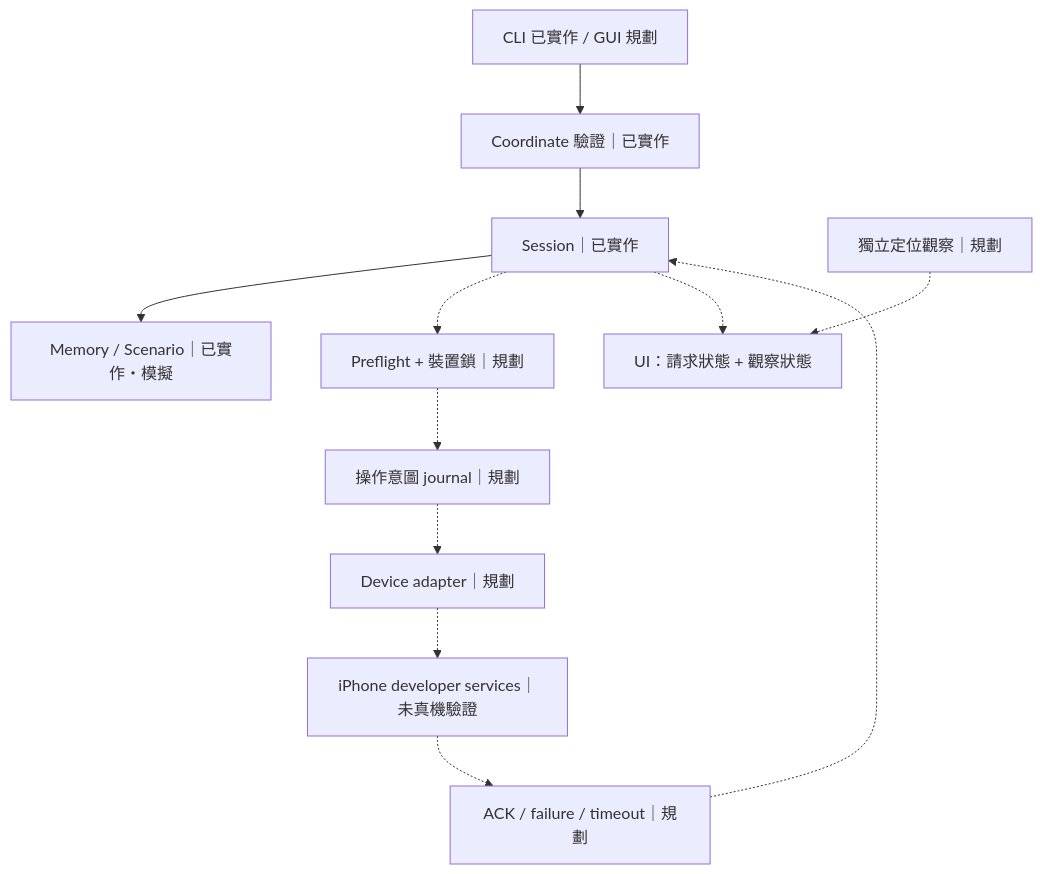
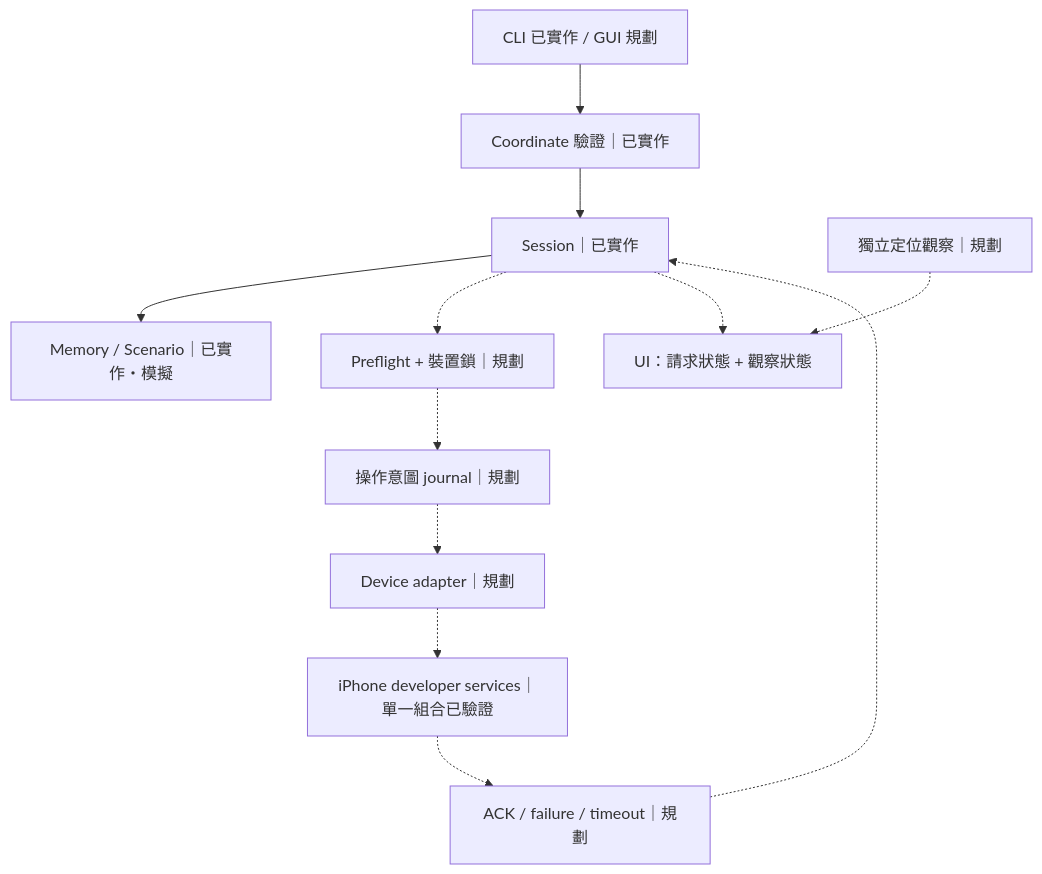
The diagram in docs/system-design.md (xixi219/location-lab), drawn with Mermaid before and after one commit. The commit also changed other lines of this file and 13 other files, not shown here.

````diff
--- a/docs/system-design.md
+++ b/docs/system-design.md
@@ -33,14 +34,14 @@
 ```mermaid
 flowchart TD
     UI["CLI 已實作 / GUI 規劃"] --> V["Coordinate 驗證｜已實作"]
     V --> S["Session｜已實作"]
     S --> M["Memory / Scenario｜已實作・模擬"]
     S -.-> P["Preflight + 裝置鎖｜規劃"]
     P -.-> J["操作意圖 journal｜規劃"]
     J -.-> A["Device adapter｜規劃"]
-    A -.-> D["iPhone developer services｜未真機驗證"]
+    A -.-> D["iPhone developer services｜單一組合已驗證"]
     D -.-> R["ACK / failure / timeout｜規劃"]
     R -.-> S
     O["獨立定位觀察｜規劃"] -.-> U["UI：請求狀態 + 觀察狀態"]
     S -.-> U
 ```
````
